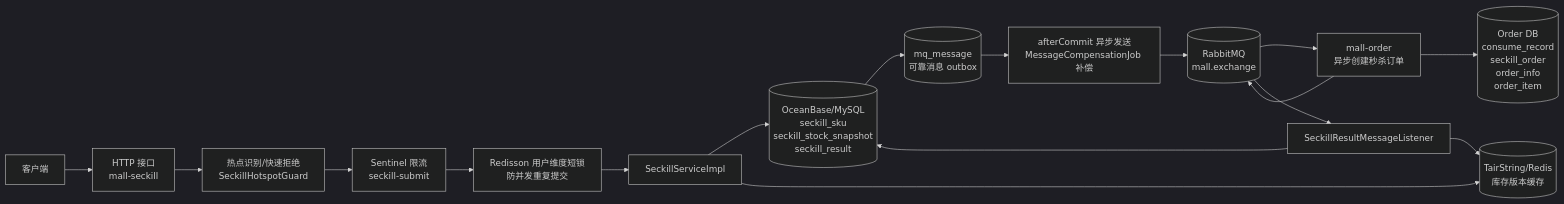
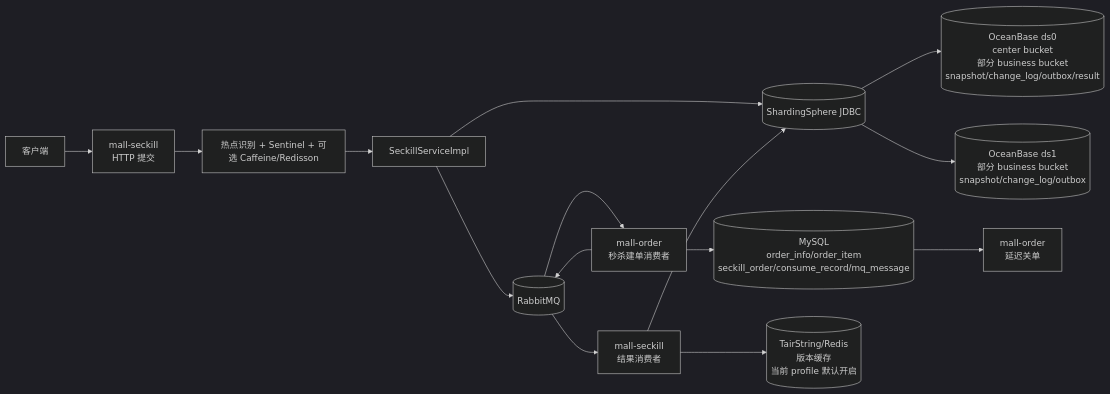
The first of 4 diagrams in docs/seckill-current-architecture-flow.md (fenglingyidong/mall), drawn with Mermaid (dark theme) before and after one commit. The commit also changed other lines of this file and 109 other files, not shown here.

````diff
--- a/docs/seckill-current-architecture-flow.md
+++ b/docs/seckill-current-architecture-flow.md
@@ -37,34 +73,26 @@
 ```mermaid
 flowchart LR
     Client[客户端]
-    Gateway[HTTP 接口<br/>mall-seckill]
-    Hotspot[热点识别/快速拒绝<br/>SeckillHotspotGuard]
-    Sentinel[Sentinel 限流<br/>seckill-submit]
-    Redisson[Redisson 用户维度短锁<br/>防并发重复提交]
+    Gateway[mall-seckill<br/>HTTP 提交]
+    Guard[热点识别 + Sentinel + 可选 Caffeine/Redisson]
     SeckillSvc[SeckillServiceImpl]
-    OB[(OceanBase/MySQL<br/>seckill_sku<br/>seckill_stock_snapshot<br/>seckill_result)]
-    Outbox[(mq_message<br/>可靠消息 outbox)]
-    Dispatcher[afterCommit 异步发送<br/>MessageCompensationJob 补偿]
-    Tair[(TairString/Redis<br/>库存版本缓存)]
-    MQ[(RabbitMQ<br/>mall.exchange)]
-    OrderSvc[mall-order<br/>异步创建秒杀订单]
-    OrderDB[(Order DB<br/>consume_record<br/>seckill_order<br/>order_info<br/>order_item)]
-    ResultListener[SeckillResultMessageListener]
+    Sharding[(ShardingSphere JDBC)]
+    OB0[(OceanBase ds0<br/>center bucket<br/>部分 business bucket<br/>snapshot/change_log/outbox/result)]
+    OB1[(OceanBase ds1<br/>部分 business bucket<br/>snapshot/change_log/outbox)]
+    MQ[(RabbitMQ)]
+    OrderConsumer[mall-order<br/>秒杀建单消费者]
+    MySQL[(MySQL<br/>order_info/order_item<br/>seckill_order/consume_record/mq_message)]
+    ResultConsumer[mall-seckill<br/>结果消费者]
+    DelayClose[mall-order<br/>延迟关单]
+    Tair[(TairString/Redis<br/>版本缓存<br/>当前 profile 默认开启)]
 
-    Client --> Gateway
-    Gateway --> Hotspot
-    Hotspot --> Sentinel
-    Sentinel --> Redisson
-    Redisson --> SeckillSvc
-    SeckillSvc --> OB
-    OB --> Outbox
-    Outbox --> Dispatcher
-    Dispatcher --> MQ
-    SeckillSvc --> Tair
-    MQ --> OrderSvc
-    OrderSvc --> OrderDB
-    OrderSvc --> MQ
-    MQ --> ResultListener
-    ResultListener --> OB
-    ResultListener --> Tair
+    Client --> Gateway --> Guard --> SeckillSvc --> Sharding
+    Sharding --> OB0
+    Sharding --> OB1
+    SeckillSvc --> MQ
+    MQ --> OrderConsumer --> MySQL
+    OrderConsumer --> MQ
+    MySQL --> DelayClose
+    MQ --> ResultConsumer --> Sharding
+    ResultConsumer --> Tair
 ```
````
